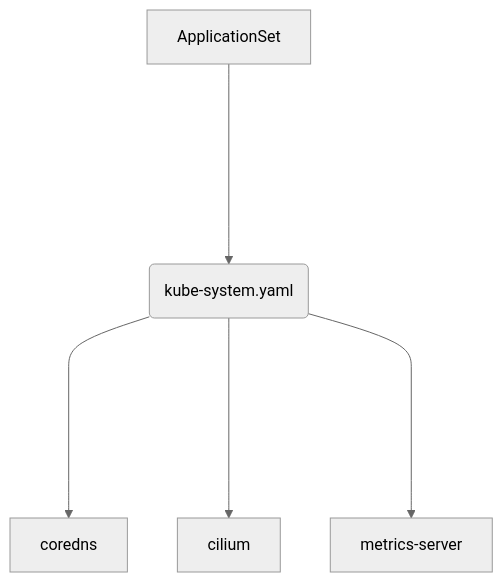
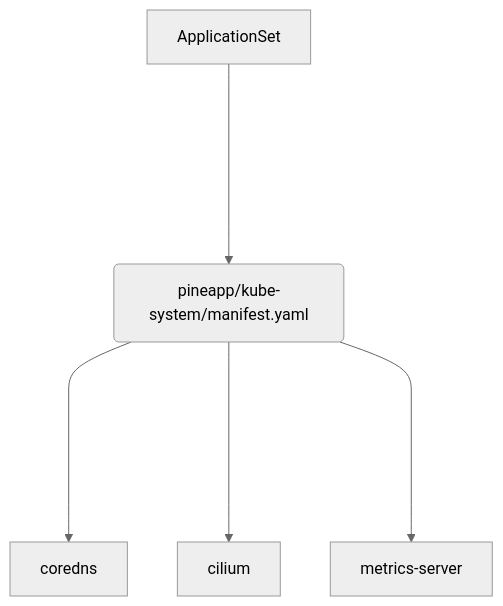
Before and after one commit to acelinkio/argocd-homelab: the second of 2 diagrams in README.md, drawn with Mermaid (neutral theme). The commit also changed other lines of this file, not shown here.

````diff
--- a/README.md
+++ b/README.md
@@ -44,7 +45,7 @@
 ```mermaid
 flowchart TD
-    A[ApplicationSet] -----> B(kube-system.yaml)
+    A[ApplicationSet] -----> B(pineapp/kube-system/manifest.yaml)
     B -----> D[coredns]
     B -----> E[cilium]
     B -----> F[metrics-server]
 ```
````
